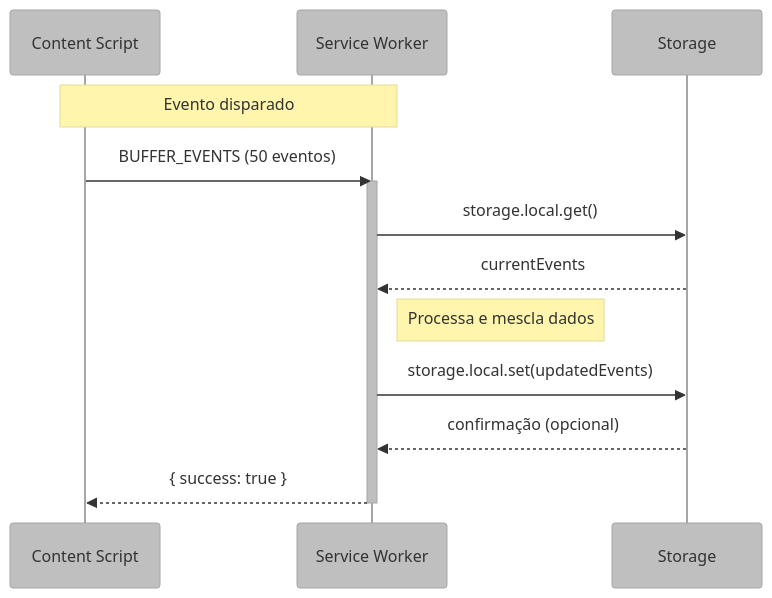
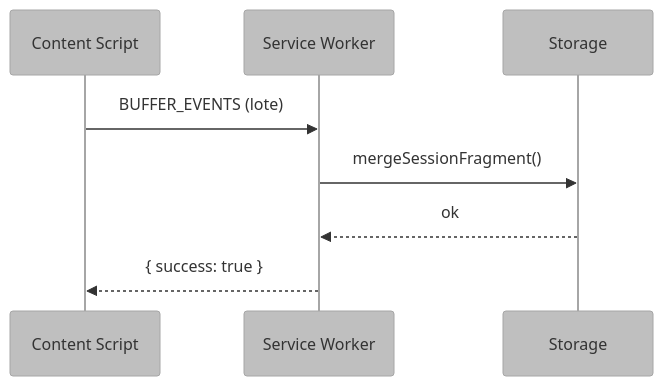
Before and after one commit to marcus-v-rodrigues/ux-auditor-extension: the third of 3 diagrams in docs/02-service-worker.md, drawn with Mermaid. The commit also changed other lines of this file and 7 other files, not shown here.

````diff
--- a/docs/02-service-worker.md
+++ b/docs/02-service-worker.md
@@ -95,22 +84,12 @@
 ```mermaid
 %%{init: {'theme': 'base', 'themeVariables': { 'primaryColor': '#bfbfbf', 'edgeColor': '#5d5d5d' }, "flowchart": {"subGraphTitleMargin": {"bottom": 30}}}}%%
 sequenceDiagram
     participant CS as Content Script
     participant SW as Service Worker
     participant ST as Storage
 
-    Note over CS, SW: Evento disparado
-    CS->>SW: BUFFER_EVENTS (50 eventos)
-    
-    activate SW
-    SW->>ST: storage.local.get()
-    ST-->>SW: currentEvents
-    
-    Note right of SW: Processa e mescla dados
-    
-    SW->>ST: storage.local.set(updatedEvents)
-    ST-->>SW: confirmação (opcional)
-    
+    CS->>SW: BUFFER_EVENTS (lote)
+    SW->>ST: mergeSessionFragment()
+    ST-->>SW: ok
     SW-->>CS: { success: true }
-    deactivate SW
 ```
````
